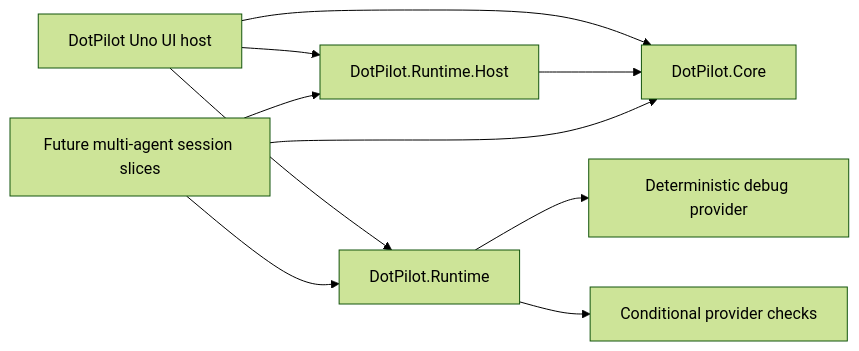
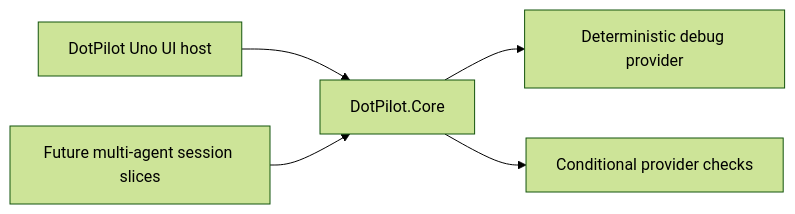
One commit to managedcode/dotPilot changed the diagram in docs/ADR/ADR-0003-vertical-slices-and-ui-only-uno-app.md. Above: the diagram before and after it, drawn with Mermaid (forest theme). The commit also changed other lines of this file and 204 other files, not shown here.

````diff
--- a/docs/ADR/ADR-0003-vertical-slices-and-ui-only-uno-app.md
+++ b/docs/ADR/ADR-0003-vertical-slices-and-ui-only-uno-app.md
@@ -42,20 +40,13 @@
 ```mermaid
 flowchart LR
   Ui["DotPilot Uno UI host"]
   Core["DotPilot.Core"]
-  Runtime["DotPilot.Runtime"]
-  Host["DotPilot.Runtime.Host"]
   TestClient["Deterministic debug provider"]
   ProviderChecks["Conditional provider checks"]
   Future["Future multi-agent session slices"]
 
   Ui --> Core
-  Ui --> Runtime
-  Ui --> Host
-  Host --> Core
-  Runtime --> TestClient
-  Runtime --> ProviderChecks
+  Core --> TestClient
+  Core --> ProviderChecks
   Future --> Core
-  Future --> Runtime
-  Future --> Host
 ```
````
